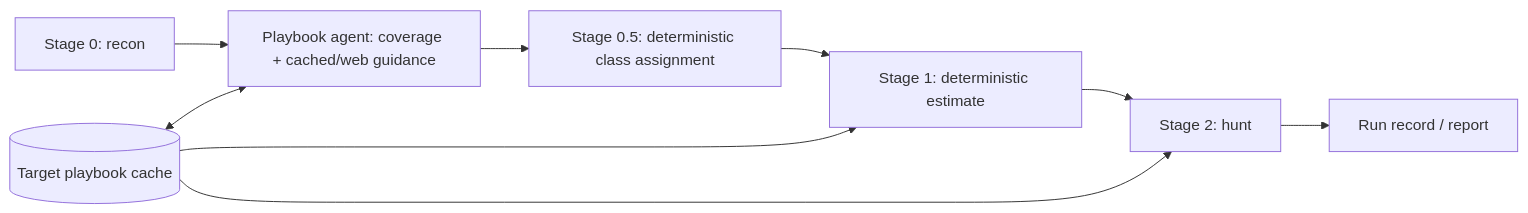
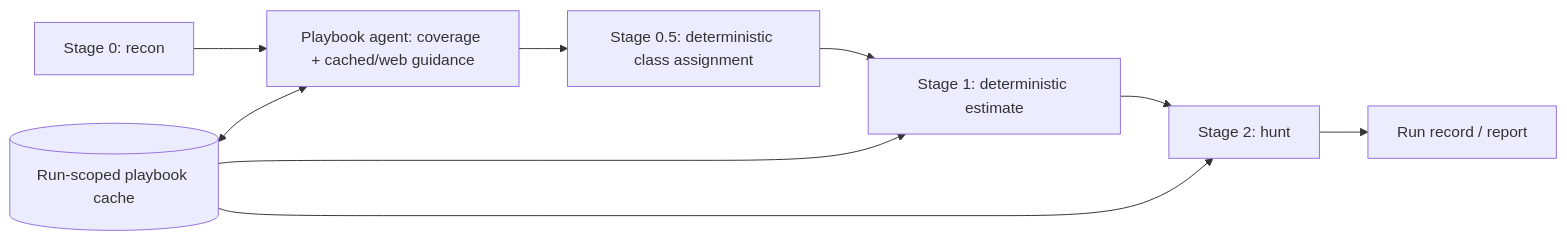
One commit to Anshuman11o/Cybersecurity-Coding-Agent-Harness changed the diagram in tools/scanner/stage-playbook-agent/README.md. Above: the diagram before and after it, drawn with Mermaid. The commit also changed other lines of this file and 11 other files, not shown here.

First line of the commit message:
Scope the agent playbook cache to each run and clear it when the run ends

````diff
--- a/tools/scanner/stage-playbook-agent/README.md
+++ b/tools/scanner/stage-playbook-agent/README.md
@@ -6,11 +6,11 @@
 ```mermaid
 flowchart LR
     Recon[Stage 0: recon] --> Agent[Playbook agent: coverage + cached/web guidance]
     Agent --> Classes[Stage 0.5: deterministic class assignment]
     Classes --> Estimate[Stage 1: deterministic estimate]
     Estimate --> Hunt[Stage 2: hunt]
     Hunt --> Report[Run record / report]
-    Cache[(Target playbook cache)] <--> Agent
+    Cache[(Run-scoped playbook cache)] <--> Agent
     Cache --> Estimate
     Cache --> Hunt
 ```
````
